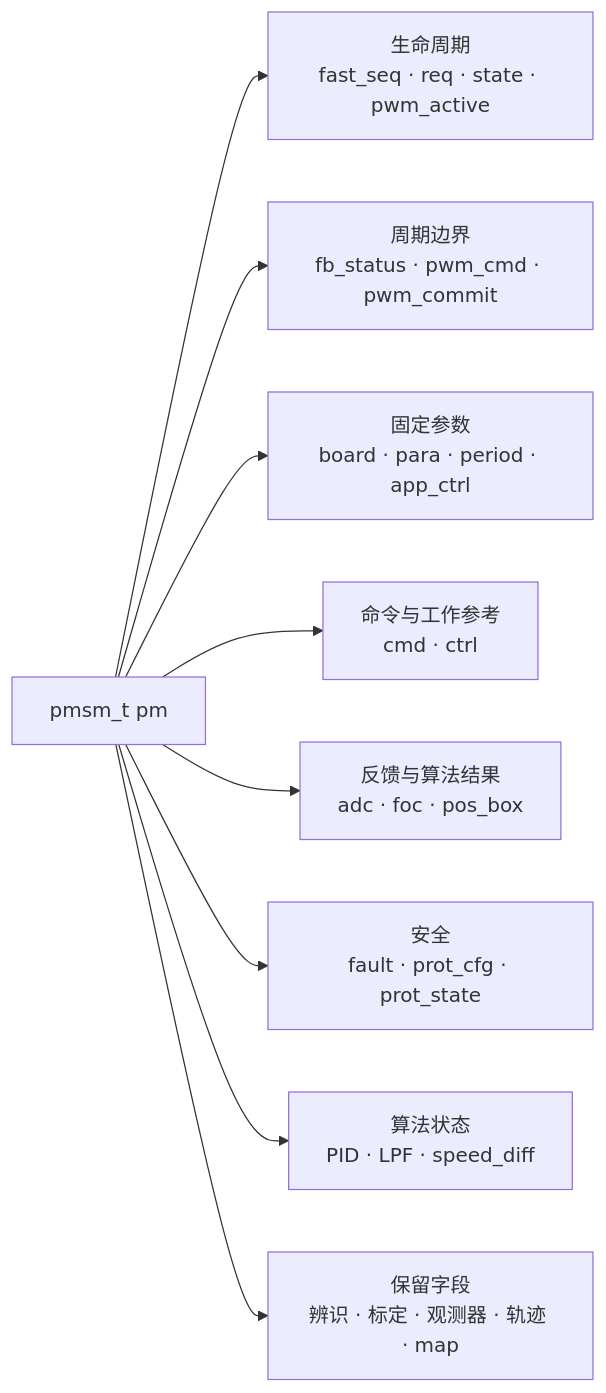
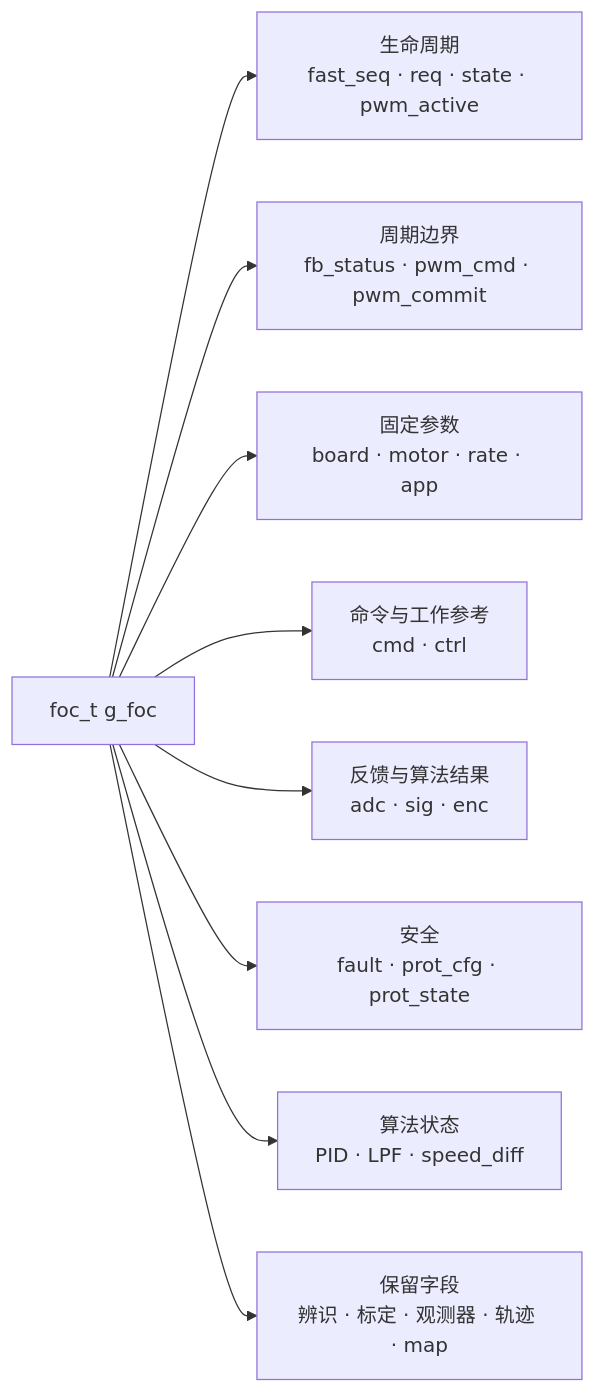
The fourth of 8 diagrams in 文档/架构重构/08_完整代码框架状态机与算法详解.md (HHHyuan111/AxDr_L), drawn with Mermaid before and after one commit. The commit also changed other lines of this file and 56 other files, not shown here.

````diff
--- a/文档/架构重构/08_完整代码框架状态机与算法详解.md
+++ b/文档/架构重构/08_完整代码框架状态机与算法详解.md
@@ -297,11 +298,11 @@
 ```mermaid
 flowchart LR
-    PM[pmsm_t pm] --> LIFE[生命周期<br/>fast_seq · req · state · pwm_active]
+    PM[foc_t g_foc] --> LIFE[生命周期<br/>fast_seq · req · state · pwm_active]
     PM --> IO[周期边界<br/>fb_status · pwm_cmd · pwm_commit]
-    PM --> CFG[固定参数<br/>board · para · period · app_ctrl]
+    PM --> CFG[固定参数<br/>board · motor · rate · app]
     PM --> CMD[命令与工作参考<br/>cmd · ctrl]
-    PM --> FBK[反馈与算法结果<br/>adc · foc · pos_box]
+    PM --> FBK[反馈与算法结果<br/>adc · sig · enc]
     PM --> SAFE[安全<br/>fault · prot_cfg · prot_state]
     PM --> ALG[算法状态<br/>PID · LPF · speed_diff]
     PM --> LEGACY[保留字段<br/>辨识 · 标定 · 观测器 · 轨迹 · map]
 ```
````
